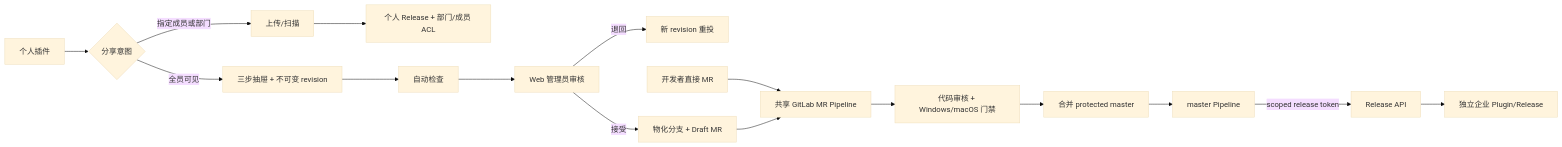
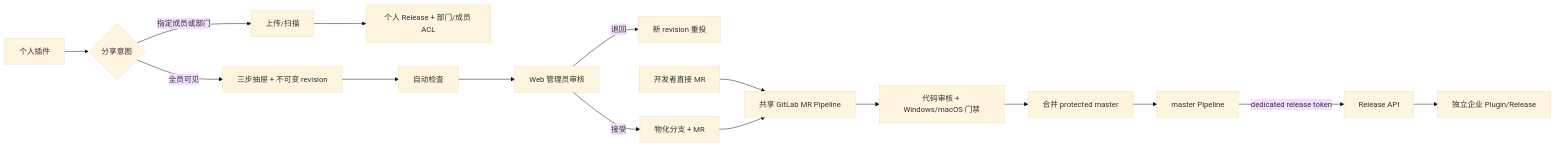
Before and after one commit to wecode-ai/Wegent: the first of 3 diagrams in docs/zh/wework/developer-guide/plugin-marketplace-v2.md, drawn with Mermaid (base theme). The commit also changed other lines of this file and 77 other files, not shown here.

````diff
--- a/docs/zh/wework/developer-guide/plugin-marketplace-v2.md
+++ b/docs/zh/wework/developer-guide/plugin-marketplace-v2.md
@@ -106,18 +106,18 @@
 ```mermaid
 flowchart LR
   A[个人插件] --> B{分享意图}
   B -->|指定成员或部门| C[上传/扫描]
   C --> D[个人 Release + 部门/成员 ACL]
   B -->|全员可见| E[三步抽屉 + 不可变 revision]
   E --> F[自动检查]
   F --> G[Web 管理员审核]
   G -->|退回| H[新 revision 重投]
-  G -->|接受| I[物化分支 + Draft MR]
+  G -->|接受| I[物化分支 + MR]
   J[开发者直接 MR] --> K[共享 GitLab MR Pipeline]
   I --> K
   K --> L[代码审核 + Windows/macOS 门禁]
   L --> M[合并 protected master]
   M --> N[master Pipeline]
-  N -->|scoped release token| O[Release API]
+  N -->|dedicated release token| O[Release API]
   O --> P[独立企业 Plugin/Release]
 ```
````
